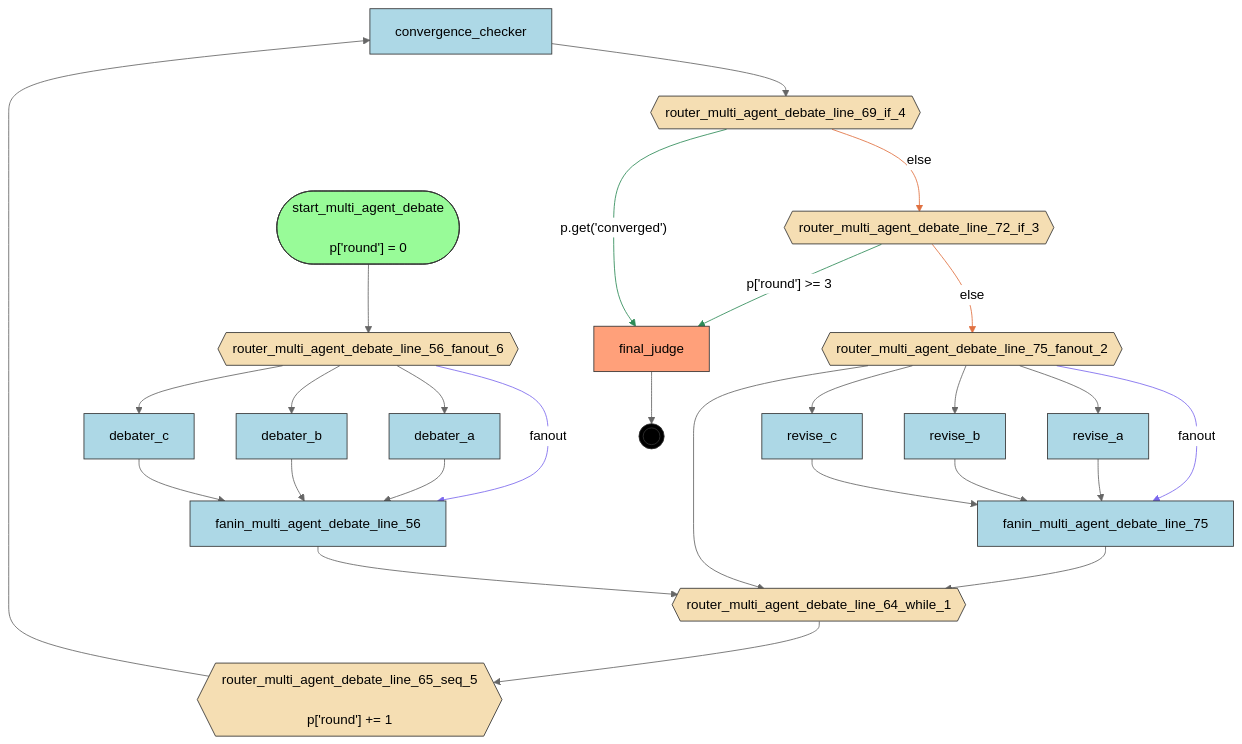
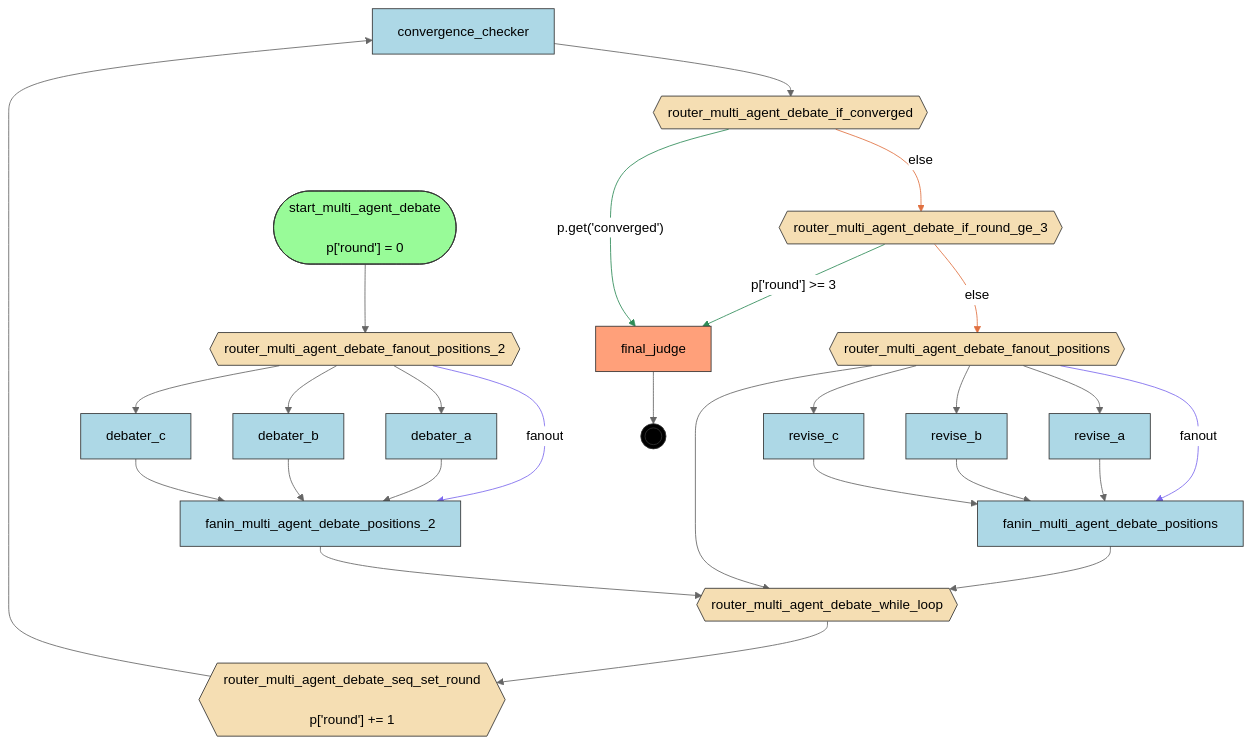
Before and after one commit to deliveryhero/asya: the diagram in examples/flows/agentic/compiled/multi_agent_debate/flow.mmd, drawn with Mermaid (neutral theme). The commit also changed 1078 other files, not shown here.

First line of the commit message:
feat(compiler): semantic router naming — AST-based instead of line-number-based [tos9]

```diff
--- a/examples/flows/agentic/compiled/multi_agent_debate/flow.mmd
+++ b/examples/flows/agentic/compiled/multi_agent_debate/flow.mmd
@@ -1,62 +1,62 @@
 flowchart TD
     %% Flow: multi_agent_debate
 
     convergence_checker[convergence_checker]
     debater_a[debater_a]
     debater_b[debater_b]
     debater_c[debater_c]
-    fanin_multi_agent_debate_line_56[fanin_multi_agent_debate_line_56]
-    fanin_multi_agent_debate_line_75[fanin_multi_agent_debate_line_75]
+    fanin_multi_agent_debate_positions[fanin_multi_agent_debate_positions]
+    fanin_multi_agent_debate_positions_2[fanin_multi_agent_debate_positions_2]
     final_judge[final_judge]
     revise_a[revise_a]
     revise_b[revise_b]
     revise_c[revise_c]
-    router_multi_agent_debate_line_56_fanout_6{{router_multi_agent_debate_line_56_fanout_6}}
-    router_multi_agent_debate_line_64_while_1{{router_multi_agent_debate_line_64_while_1}}
-    router_multi_agent_debate_line_65_seq_5{{"router_multi_agent_debate_line_65_seq_5<br/><br/>p['round'] += 1"}}
-    router_multi_agent_debate_line_69_if_4{{router_multi_agent_debate_line_69_if_4}}
-    router_multi_agent_debate_line_72_if_3{{router_multi_agent_debate_line_72_if_3}}
-    router_multi_agent_debate_line_75_fanout_2{{router_multi_agent_debate_line_75_fanout_2}}
+    router_multi_agent_debate_fanout_positions{{router_multi_agent_debate_fanout_positions}}
+    router_multi_agent_debate_fanout_positions_2{{router_multi_agent_debate_fanout_positions_2}}
+    router_multi_agent_debate_if_converged{{router_multi_agent_debate_if_converged}}
+    router_multi_agent_debate_if_round_ge_3{{router_multi_agent_debate_if_round_ge_3}}
+    router_multi_agent_debate_seq_set_round{{"router_multi_agent_debate_seq_set_round<br/><br/>p['round'] += 1"}}
+    router_multi_agent_debate_while_loop{{router_multi_agent_debate_while_loop}}
     start_multi_agent_debate(["start_multi_agent_debate<br/><br/>p['round'] = 0"])
     __end__((( )))
 
-    start_multi_agent_debate --> router_multi_agent_debate_line_56_fanout_6
-    router_multi_agent_debate_line_75_fanout_2 -->|"fanout"| fanin_multi_agent_debate_line_75
-    router_multi_agent_debate_line_75_fanout_2 --> revise_a
-    revise_a --> fanin_multi_agent_debate_line_75
-    router_multi_agent_debate_line_75_fanout_2 --> revise_b
-    revise_b --> fanin_multi_agent_debate_line_75
-    router_multi_agent_debate_line_75_fanout_2 --> revise_c
-    revise_c --> fanin_multi_agent_debate_line_75
-    router_multi_agent_debate_line_72_if_3 -->|"else"| router_multi_agent_debate_line_75_fanout_2
-    router_multi_agent_debate_line_72_if_3 -->|"p['round'] >= 3"| final_judge
-    router_multi_agent_debate_line_69_if_4 -->|"else"| router_multi_agent_debate_line_72_if_3
-    router_multi_agent_debate_line_69_if_4 -->|"p.get('converged')"| final_judge
-    router_multi_agent_debate_line_65_seq_5 --> convergence_checker
-    convergence_checker --> router_multi_agent_debate_line_69_if_4
-    router_multi_agent_debate_line_64_while_1 --> router_multi_agent_debate_line_65_seq_5
-    router_multi_agent_debate_line_56_fanout_6 -->|"fanout"| fanin_multi_agent_debate_line_56
-    fanin_multi_agent_debate_line_56 --> router_multi_agent_debate_line_64_while_1
-    router_multi_agent_debate_line_56_fanout_6 --> debater_a
-    debater_a --> fanin_multi_agent_debate_line_56
-    router_multi_agent_debate_line_56_fanout_6 --> debater_b
-    debater_b --> fanin_multi_agent_debate_line_56
-    router_multi_agent_debate_line_56_fanout_6 --> debater_c
-    debater_c --> fanin_multi_agent_debate_line_56
-    router_multi_agent_debate_line_75_fanout_2 --> router_multi_agent_debate_line_64_while_1
-    fanin_multi_agent_debate_line_75 --> router_multi_agent_debate_line_64_while_1
+    start_multi_agent_debate --> router_multi_agent_debate_fanout_positions_2
+    router_multi_agent_debate_fanout_positions -->|"fanout"| fanin_multi_agent_debate_positions
+    router_multi_agent_debate_fanout_positions --> revise_a
+    revise_a --> fanin_multi_agent_debate_positions
+    router_multi_agent_debate_fanout_positions --> revise_b
+    revise_b --> fanin_multi_agent_debate_positions
+    router_multi_agent_debate_fanout_positions --> revise_c
+    revise_c --> fanin_multi_agent_debate_positions
+    router_multi_agent_debate_if_round_ge_3 -->|"else"| router_multi_agent_debate_fanout_positions
+    router_multi_agent_debate_if_round_ge_3 -->|"p['round'] >= 3"| final_judge
+    router_multi_agent_debate_if_converged -->|"else"| router_multi_agent_debate_if_round_ge_3
+    router_multi_agent_debate_if_converged -->|"p.get('converged')"| final_judge
+    router_multi_agent_debate_seq_set_round --> convergence_checker
+    convergence_checker --> router_multi_agent_debate_if_converged
+    router_multi_agent_debate_while_loop --> router_multi_agent_debate_seq_set_round
+    router_multi_agent_debate_fanout_positions_2 -->|"fanout"| fanin_multi_agent_debate_positions_2
+    fanin_multi_agent_debate_positions_2 --> router_multi_agent_debate_while_loop
+    router_multi_agent_debate_fanout_positions_2 --> debater_a
+    debater_a --> fanin_multi_agent_debate_positions_2
+    router_multi_agent_debate_fanout_positions_2 --> debater_b
+    debater_b --> fanin_multi_agent_debate_positions_2
+    router_multi_agent_debate_fanout_positions_2 --> debater_c
+    debater_c --> fanin_multi_agent_debate_positions_2
+    router_multi_agent_debate_fanout_positions --> router_multi_agent_debate_while_loop
+    fanin_multi_agent_debate_positions --> router_multi_agent_debate_while_loop
     final_judge --> __end__
 
     classDef start fill:#98FB98,stroke:#333
     classDef endnode fill:#FFA07A,stroke:#333
     classDef router fill:#F5DEB3,stroke:#333
     classDef handler fill:#ADD8E6,stroke:#333
     classDef endpoint fill:#000,stroke:#333,color:#fff
     class start_multi_agent_debate start
     class final_judge endnode
-    class router_multi_agent_debate_line_56_fanout_6,router_multi_agent_debate_line_64_while_1,router_multi_agent_debate_line_65_seq_5,router_multi_agent_debate_line_69_if_4,router_multi_agent_debate_line_72_if_3,router_multi_agent_debate_line_75_fanout_2 router
-    class convergence_checker,debater_a,debater_b,debater_c,fanin_multi_agent_debate_line_56,fanin_multi_agent_debate_line_75,revise_a,revise_b,revise_c handler
+    class router_multi_agent_debate_fanout_positions,router_multi_agent_debate_fanout_positions_2,router_multi_agent_debate_if_converged,router_multi_agent_debate_if_round_ge_3,router_multi_agent_debate_seq_set_round,router_multi_agent_debate_while_loop router
+    class convergence_checker,debater_a,debater_b,debater_c,fanin_multi_agent_debate_positions,fanin_multi_agent_debate_positions_2,revise_a,revise_b,revise_c handler
     class __end__ endpoint
     linkStyle 9,11 stroke:#2E8B57
     linkStyle 1,15 stroke:#7B68EE
     linkStyle 8,10 stroke:#E07040
```
